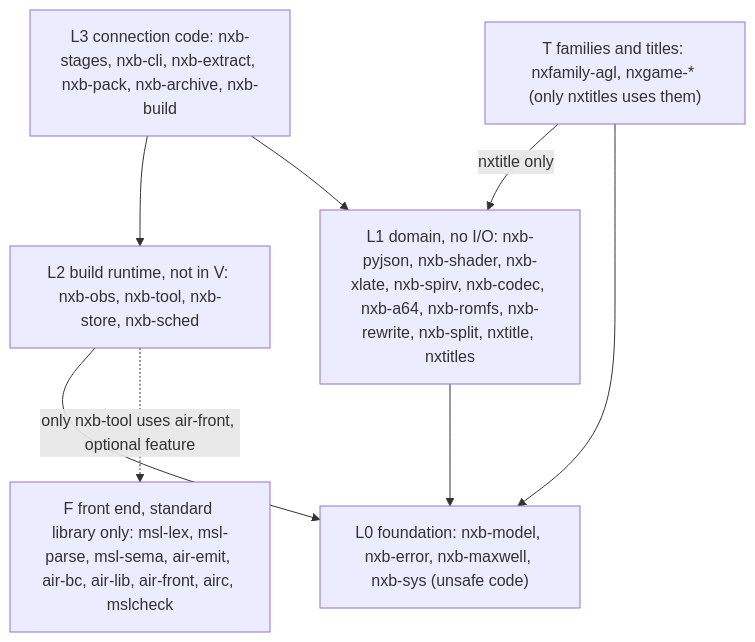
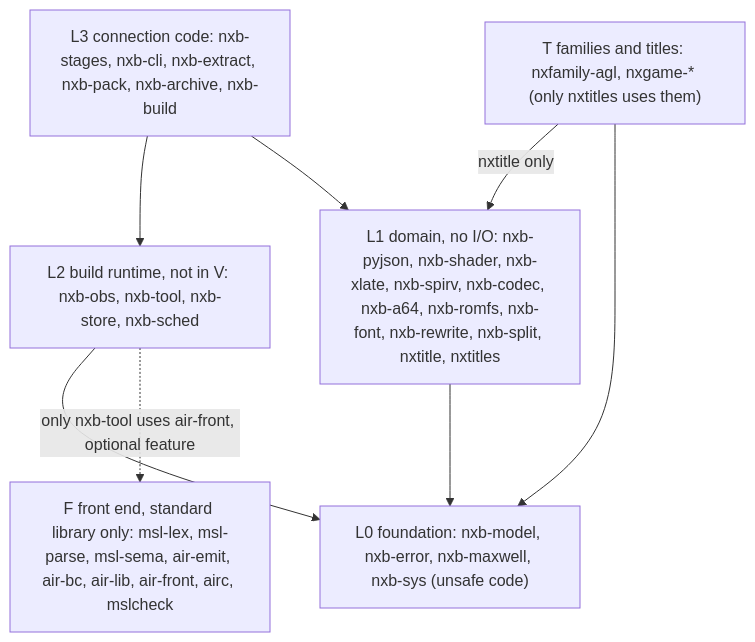
Before and after one commit to b4f8abbb24dbf56a7d0280f296e16eeb/nxkit: the first of 3 diagrams in docs/architecture.md, drawn with Mermaid. The commit also changed other lines of this file and 14 other files, not shown here.

````diff
--- a/docs/architecture.md
+++ b/docs/architecture.md
@@ -24,14 +24,14 @@
 ```mermaid
 flowchart TD
   L3["L3 connection code: nxb-stages, nxb-cli, nxb-extract, nxb-pack, nxb-archive, nxb-build"]
   L2["L2 build runtime, not in V: nxb-obs, nxb-tool, nxb-store, nxb-sched"]
-  L1["L1 domain, no I/O: nxb-pyjson, nxb-shader, nxb-xlate, nxb-spirv, nxb-codec, nxb-a64, nxb-romfs, nxb-rewrite, nxb-split, nxtitle, nxtitles"]
+  L1["L1 domain, no I/O: nxb-pyjson, nxb-shader, nxb-xlate, nxb-spirv, nxb-codec, nxb-a64, nxb-romfs, nxb-font, nxb-rewrite, nxb-split, nxtitle, nxtitles"]
   L0["L0 foundation: nxb-model, nxb-error, nxb-maxwell, nxb-sys (unsafe code)"]
   LT["T families and titles: nxfamily-agl, nxgame-* (only nxtitles uses them)"]
   LF["F front end, standard library only: msl-lex, msl-parse, msl-sema, air-emit, air-bc, air-lib, air-front, airc, mslcheck"]
   L3 --> L2 --> L0
   L3 --> L1 --> L0
   LT -->|nxtitle only| L1
   LT --> L0
   L2 -.->|only nxb-tool uses air-front, optional feature| LF
 ```
````
